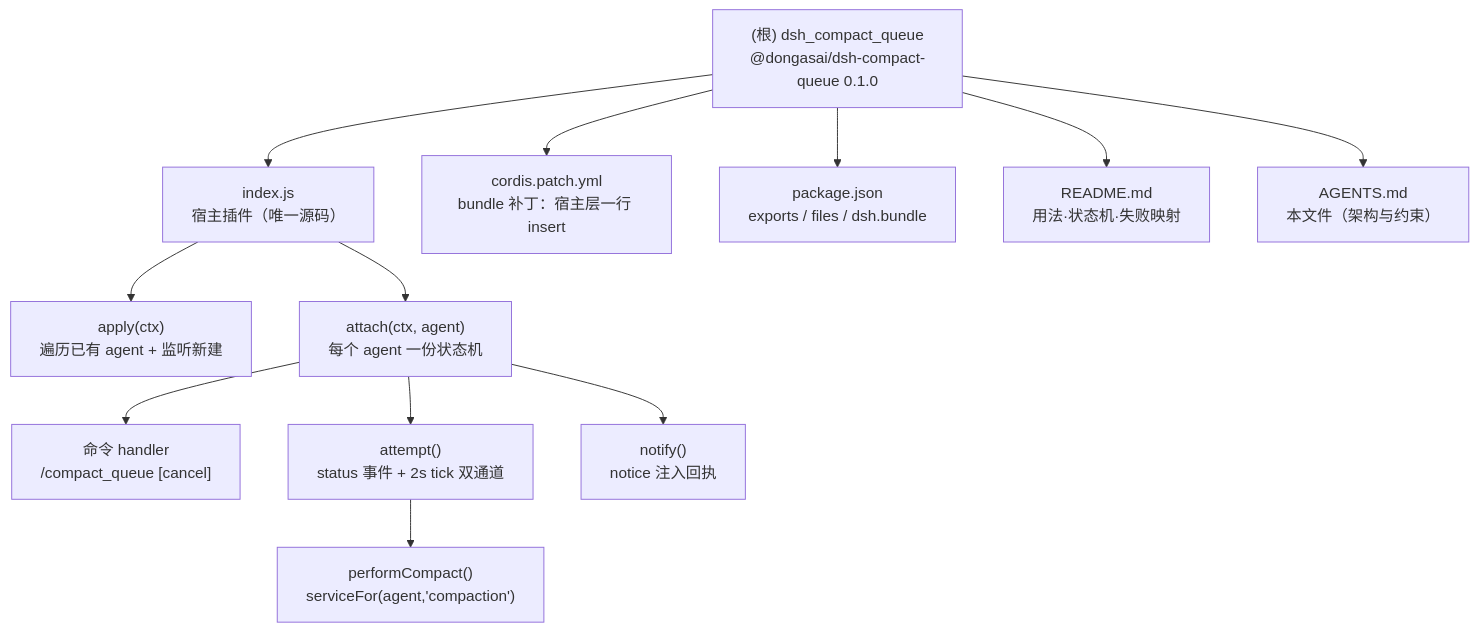
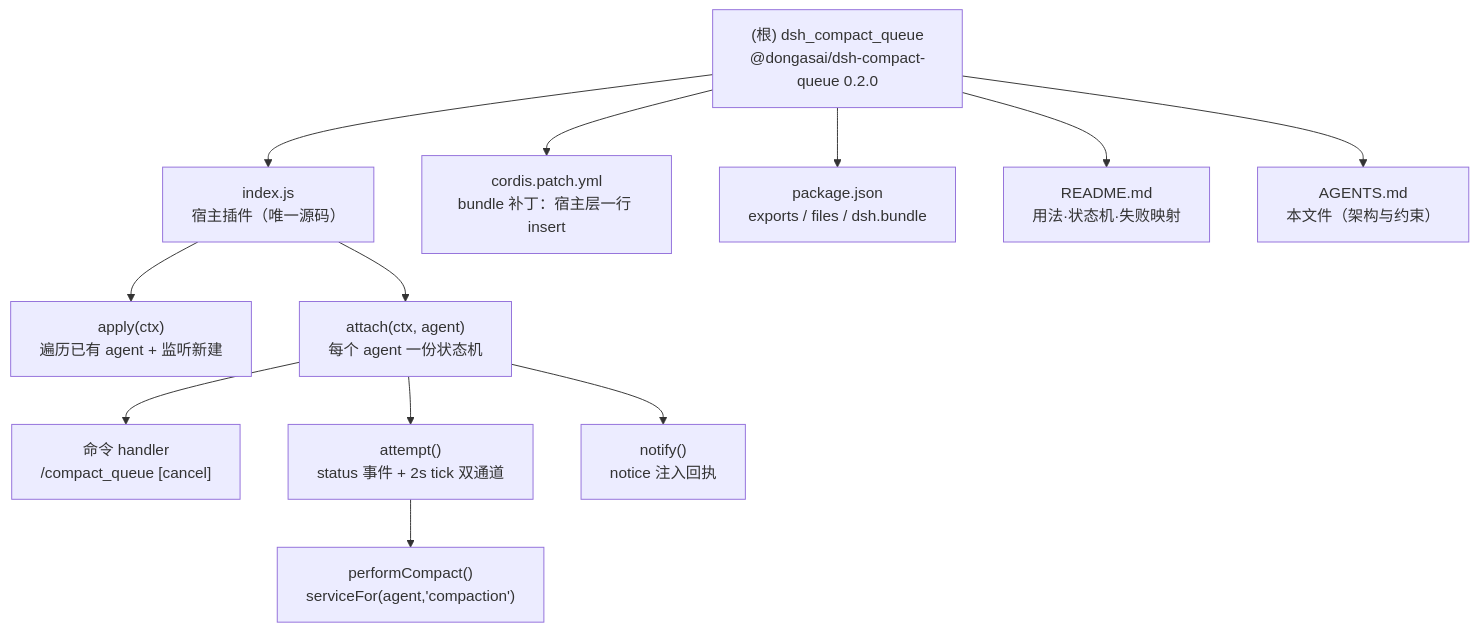
Before and after one commit to dongasai/dsh_compact_queue: the diagram in AGENTS.md, drawn with Mermaid. The commit also changed other lines of this file and 3 other files, not shown here.

````diff
--- a/AGENTS.md
+++ b/AGENTS.md
@@ -64,20 +64,20 @@
 ```mermaid
 graph TD
-    A["(根) dsh_compact_queue<br/>@dongasai/dsh-compact-queue 0.1.0"] --> B["index.js<br/>宿主插件（唯一源码）"]
+    A["(根) dsh_compact_queue<br/>@dongasai/dsh-compact-queue 0.2.0"] --> B["index.js<br/>宿主插件（唯一源码）"]
     A --> C["cordis.patch.yml<br/>bundle 补丁：宿主层一行 insert"]
     A --> D["package.json<br/>exports / files / dsh.bundle"]
     A --> E["README.md<br/>用法·状态机·失败映射"]
     A --> F["AGENTS.md<br/>本文件（架构与约束）"]
     B --> B1["apply(ctx)<br/>遍历已有 agent + 监听新建"]
     B --> B2["attach(ctx, agent)<br/>每个 agent 一份状态机"]
     B2 --> B3["命令 handler<br/>/compact_queue [cancel]"]
     B2 --> B4["attempt()<br/>status 事件 + 2s tick 双通道"]
     B2 --> B5["notify()<br/>notice 注入回执"]
     B4 --> B6["performCompact()<br/>serviceFor(agent,'compaction')"]
 
     click A "./AGENTS.md" "架构与约束"
     click B "./index.js" "唯一源码"
     click C "./cordis.patch.yml" "bundle 补丁"
     click D "./package.json" "包元数据"
     click E "./README.md" "用户文档"
 ```
````
